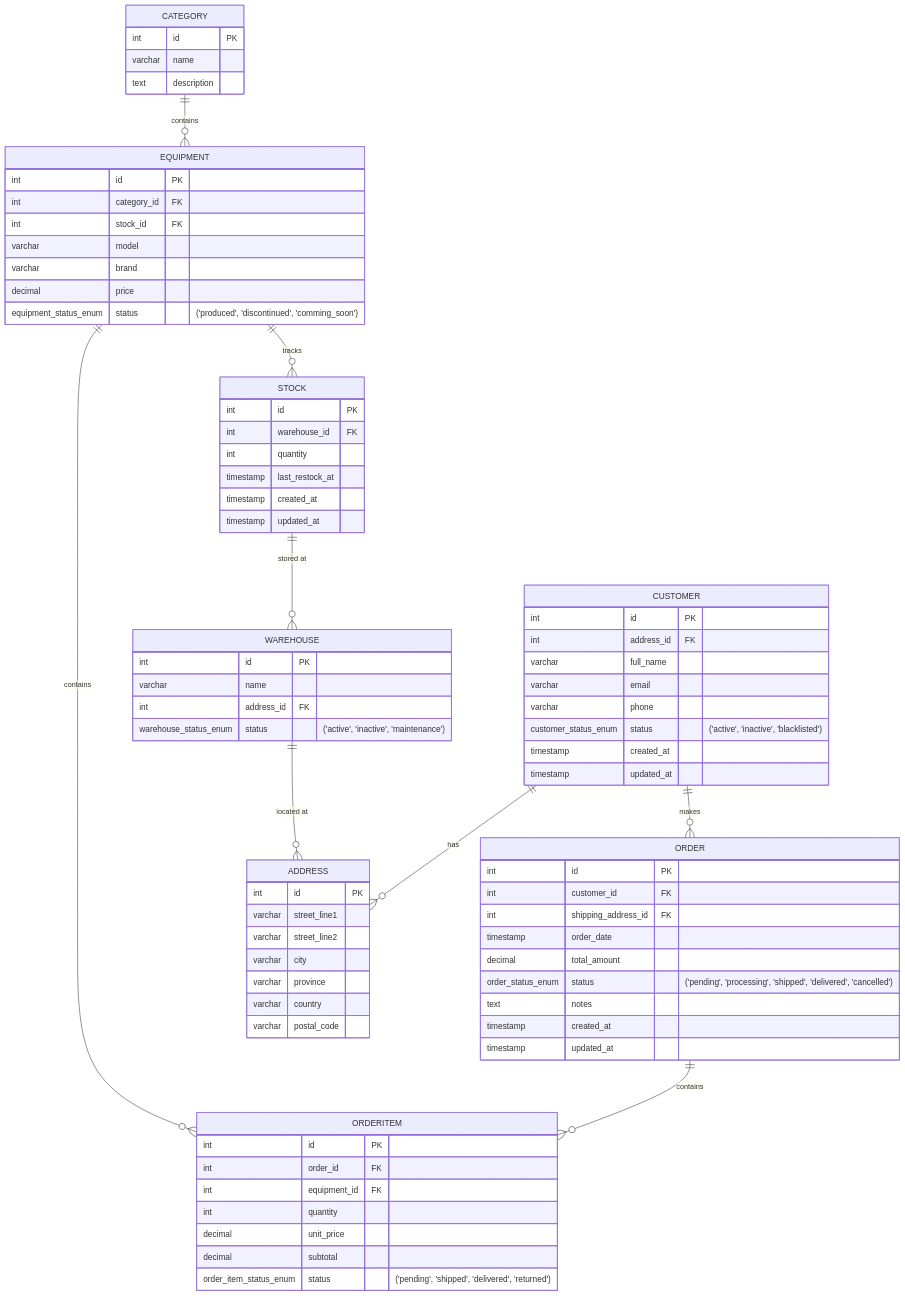
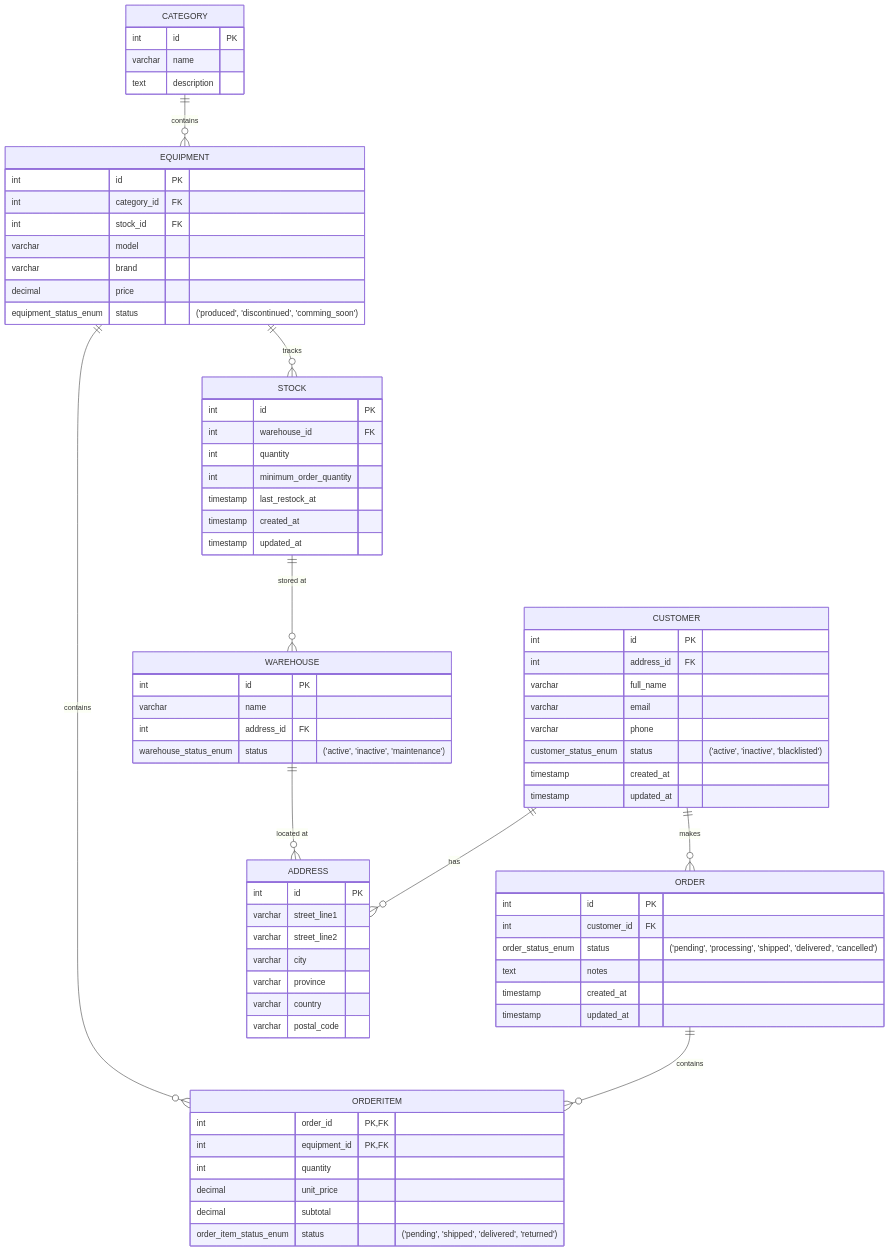
The diagram in schema.mmd (nadzyah/sports-equipment-db), drawn with Mermaid before and after one commit. The commit also changed 1 other file, not shown here.

Commit message:
Add DB initialisation script. Update schema

```diff
--- a/schema.mmd
+++ b/schema.mmd
@@ -1,84 +1,81 @@
 erDiagram
     CATEGORY ||--o{ EQUIPMENT : contains
     EQUIPMENT ||--o{ ORDERITEM : contains
     CUSTOMER ||--o{ ORDER : makes
     ORDER ||--o{ ORDERITEM : contains
     EQUIPMENT ||--o{ STOCK : tracks
     STOCK ||--o{ WAREHOUSE : "stored at"
     WAREHOUSE ||--o{ ADDRESS : "located at"
     CUSTOMER ||--o{ ADDRESS : has
 
     CATEGORY {
         int id PK
         varchar name
         text description
     }
 
     EQUIPMENT {
         int id PK
         int category_id FK
         int stock_id FK
         varchar model
         varchar brand
         decimal price
         equipment_status_enum status "('produced', 'discontinued', 'comming_soon')"
     }
 
     WAREHOUSE {
         int id PK
         varchar name
         int address_id FK
         warehouse_status_enum status "('active', 'inactive', 'maintenance')"
     }
 
     ADDRESS {
         int id PK
         varchar street_line1
         varchar street_line2
         varchar city
         varchar province
         varchar country
         varchar postal_code
     }
 
     CUSTOMER {
         int id PK
         int address_id FK
         varchar full_name
         varchar email
         varchar phone
         customer_status_enum status "('active', 'inactive', 'blacklisted')"
         timestamp created_at
         timestamp updated_at
     }
 
     ORDER {
         int id PK
         int customer_id FK
-        int shipping_address_id FK
-        timestamp order_date
-        decimal total_amount
         order_status_enum status "('pending', 'processing', 'shipped', 'delivered', 'cancelled')"
         text notes
         timestamp created_at
         timestamp updated_at
     }
 
     ORDERITEM {
-        int id PK
-        int order_id FK
-        int equipment_id FK
+        int order_id PK,FK
+        int equipment_id PK,FK
         int quantity
         decimal unit_price
         decimal subtotal
         order_item_status_enum status "('pending', 'shipped', 'delivered', 'returned')"
     }
 
     STOCK {
         int id PK
         int warehouse_id FK
         int quantity
+        int minimum_order_quantity
         timestamp last_restock_at
         timestamp created_at
         timestamp updated_at
     }
```
